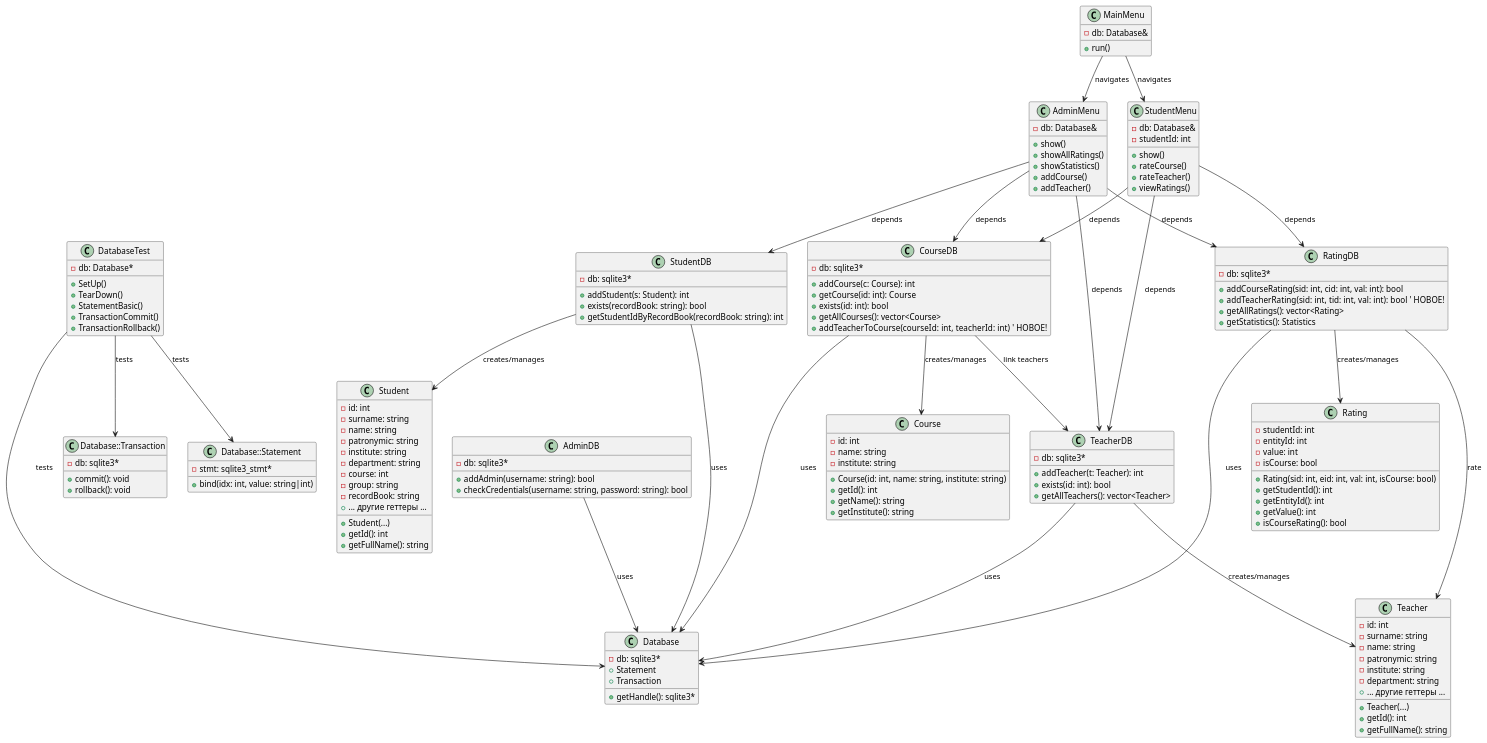
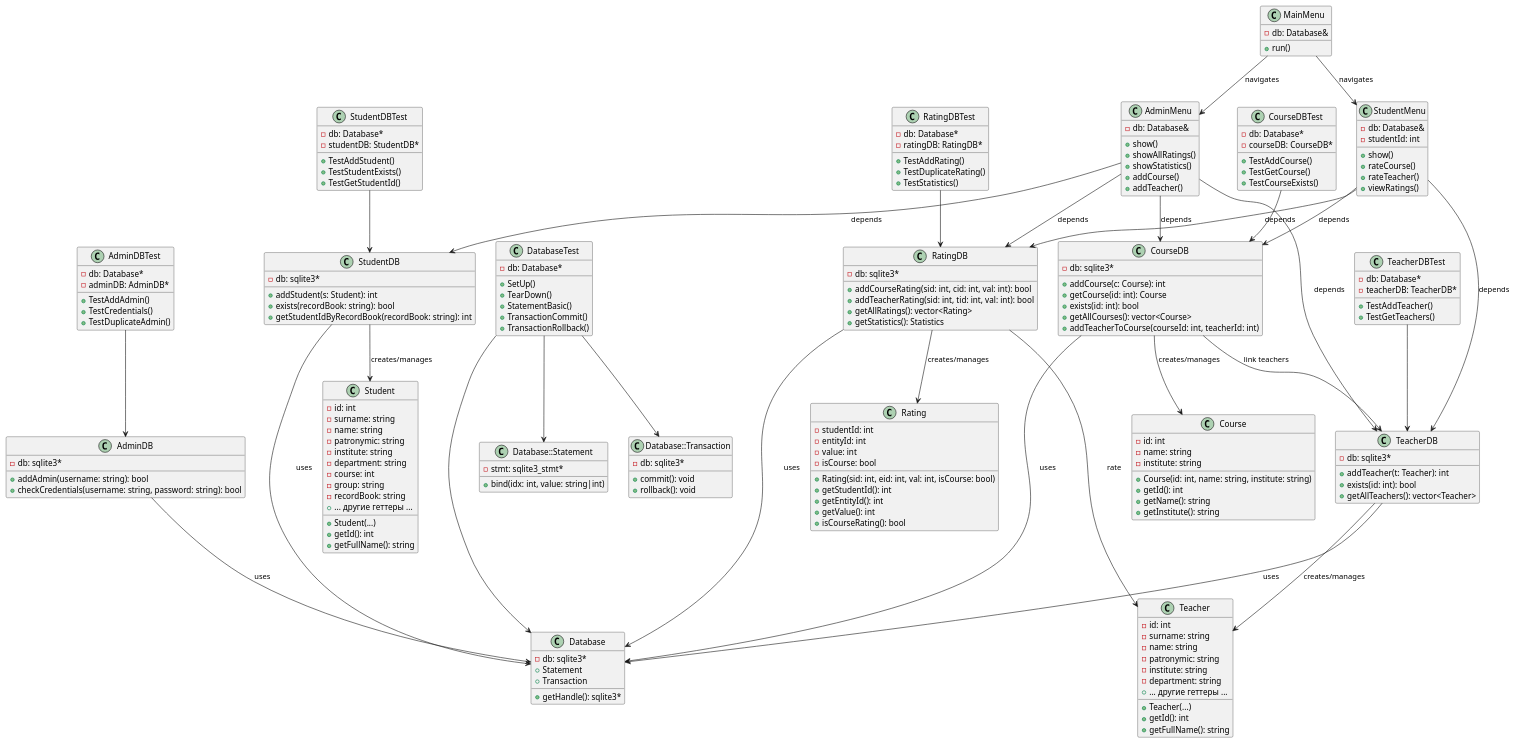
One commit to crissyro/system-for-evaluating-teachers-and-courses changed the diagram in misc/diogram.plantuml. Above: the diagram before and after it, drawn with PlantUML. The commit also changed 2 other files, not shown here.

```diff
--- a/misc/diogram.plantuml
+++ b/misc/diogram.plantuml
@@ -1,5 +1,4 @@
 @startuml
-
 '#########################################
 ' Классы сущностей (Entities)
 '#########################################
@@ -83,13 +82,13 @@
   + getCourse(id: int): Course
   + exists(id: int): bool
   + getAllCourses(): vector<Course>
-  + addTeacherToCourse(courseId: int, teacherId: int)  ' НОВОЕ!
+  + addTeacherToCourse(courseId: int, teacherId: int)
 }
 
 class RatingDB {
   - db: sqlite3*
   + addCourseRating(sid: int, cid: int, val: int): bool
-  + addTeacherRating(sid: int, tid: int, val: int): bool  ' НОВОЕ!
+  + addTeacherRating(sid: int, tid: int, val: int): bool
   + getAllRatings(): vector<Rating>
   + getStatistics(): Statistics
 }
@@ -154,6 +153,45 @@
   + TransactionRollback()
 }
 
+class AdminDBTest {
+  - db: Database*
+  - adminDB: AdminDB*
+  + TestAddAdmin()
+  + TestCredentials()
+  + TestDuplicateAdmin()
+}
+
+class CourseDBTest {
+  - db: Database*
+  - courseDB: CourseDB*
+  + TestAddCourse()
+  + TestGetCourse()
+  + TestCourseExists()
+}
+
+class RatingDBTest {
+  - db: Database*
+  - ratingDB: RatingDB*
+  + TestAddRating()
+  + TestDuplicateRating()
+  + TestStatistics()
+}
+
+class StudentDBTest {
+  - db: Database*
+  - studentDB: StudentDB*
+  + TestAddStudent()
+  + TestStudentExists()
+  + TestGetStudentId()
+}
+
+class TeacherDBTest {
+  - db: Database*
+  - teacherDB: TeacherDB*
+  + TestAddTeacher()
+  + TestGetTeachers()
+}
+
 '#########################################
 ' Связи между классами 
 '#########################################
@@ -161,9 +199,15 @@
 Database::Statement -[hidden]-> Database
 Database::Transaction -[hidden]-> Database
 
-DatabaseTest --> Database : tests
-DatabaseTest --> Database::Statement : tests
-DatabaseTest --> Database::Transaction : tests
+DatabaseTest --> Database 
+DatabaseTest --> Database::Statement 
+DatabaseTest --> Database::Transaction 
+
+AdminDBTest --> AdminDB 
+CourseDBTest --> CourseDB 
+RatingDBTest --> RatingDB 
+StudentDBTest --> StudentDB 
+TeacherDBTest --> TeacherDB 
 
 CourseDB --> Database : uses
 RatingDB --> Database : uses
@@ -190,5 +234,4 @@
 
 MainMenu --> AdminMenu : navigates
 MainMenu --> StudentMenu : navigates
-
 @enduml
```
